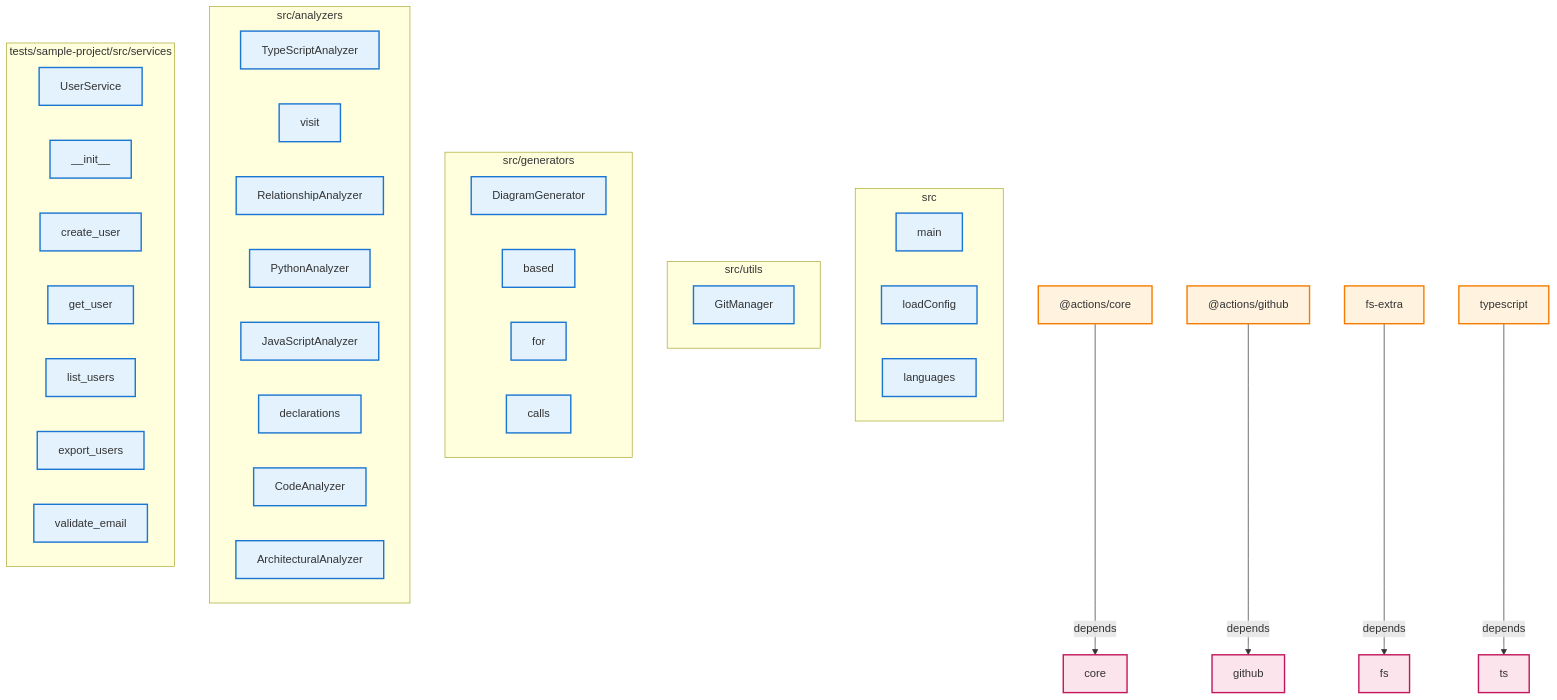
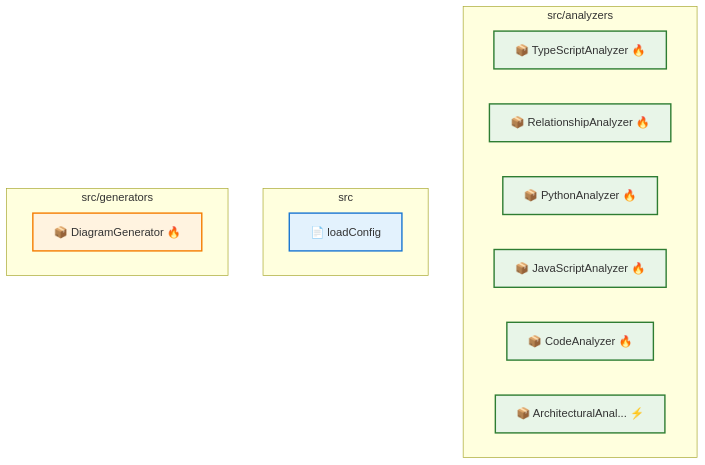
One commit to samjhill/diagrammer changed the diagram in docs/architecture/architecture.md. Above: the diagram before and after it, drawn with Mermaid. The commit also changed other lines of this file and 7 other files, not shown here.

Commit message:
docs: Update architecture diagrams [skip ci]

````diff
--- a/docs/architecture/architecture.md
+++ b/docs/architecture/architecture.md
@@ -5,91 +24,39 @@
 ```mermaid
 graph TD
   classDef component fill:#e3f2fd,stroke:#1976d2,stroke-width:2px
-  classDef external fill:#fff3e0,stroke:#f57c00,stroke-width:2px
-  classDef internal fill:#e8f5e8,stroke:#388e3c,stroke-width:2px
-  classDef dependency fill:#fce4ec,stroke:#c2185b,stroke-width:2px
-  classDef group fill:#f3e5f5,stroke:#7b1fa2,stroke-width:3px
+  classDef analyzer fill:#e8f5e8,stroke:#2e7d32,stroke-width:2px
+  classDef generator fill:#fff3e0,stroke:#f57c00,stroke-width:2px
+  classDef manager fill:#f3e5f5,stroke:#7b1fa2,stroke-width:2px
+  classDef service fill:#e0f2f1,stroke:#00695c,stroke-width:2px
+  classDef external fill:#ffebee,stroke:#c62828,stroke-width:2px
+  classDef framework fill:#f1f8e9,stroke:#558b2f,stroke-width:2px
+  classDef npm fill:#e8eaf6,stroke:#3f51b5,stroke-width:2px
+  classDef group fill:#fafafa,stroke:#424242,stroke-width:3px
+
+  subgraph src_analyzers["src/analyzers"]
+    TypeScriptAnalyzer["📦 TypeScriptAnalyzer 🔥"]
+    RelationshipAnalyzer["📦 RelationshipAnalyzer 🔥"]
+    PythonAnalyzer["📦 PythonAnalyzer 🔥"]
+    JavaScriptAnalyzer["📦 JavaScriptAnalyzer 🔥"]
+    CodeAnalyzer["📦 CodeAnalyzer 🔥"]
+    ArchitecturalAnalyzer["📦 ArchitecturalAnal... ⚡"]
+  end
 
   subgraph src["src"]
-    main["main"]
-    loadConfig["loadConfig"]
-    languages["languages"]
-  end
-
-  subgraph src_utils["src/utils"]
-    GitManager["GitManager"]
+    loadConfig["📄 loadConfig"]
   end
 
   subgraph src_generators["src/generators"]
-    DiagramGenerator["DiagramGenerator"]
-    based["based"]
-    for["for"]
-    calls["calls"]
+    DiagramGenerator["📦 DiagramGenerator 🔥"]
   end
 
-  subgraph src_analyzers["src/analyzers"]
-    TypeScriptAnalyzer["TypeScriptAnalyzer"]
-    visit["visit"]
-    RelationshipAnalyzer["RelationshipAnalyzer"]
-    PythonAnalyzer["PythonAnalyzer"]
-    JavaScriptAnalyzer["JavaScriptAnalyzer"]
-    declarations["declarations"]
-    CodeAnalyzer["CodeAnalyzer"]
-    ArchitecturalAnalyzer["ArchitecturalAnalyzer"]
-  end
-
-  subgraph tests_sample_project_src_services["tests/sample-project/src/services"]
-    UserService["UserService"]
-    __init__["__init__"]
-    create_user["create_user"]
-    get_user["get_user"]
-    list_users["list_users"]
-    export_users["export_users"]
-    validate_email["validate_email"]
-  end
-
-  _actions_core["@actions/core"]
-  _actions_core:::external
-  core["core"]
-  core:::dependency
-  _actions_core -->|depends| core
-  _actions_github["@actions/github"]
-  _actions_github:::external
-  github["github"]
-  github:::dependency
-  _actions_github -->|depends| github
-  fs_extra["fs-extra"]
-  fs_extra:::external
-  fs["fs"]
-  fs:::dependency
-  fs_extra -->|depends| fs
-  typescript["typescript"]
-  typescript:::external
-  ts["ts"]
-  ts:::dependency
-  typescript -->|depends| ts
-  main:::component
   loadConfig:::component
-  languages:::component
-  GitManager:::component
-  DiagramGenerator:::component
-  based:::component
-  for:::component
-  calls:::component
-  TypeScriptAnalyzer:::component
-  visit:::component
-  RelationshipAnalyzer:::component
-  PythonAnalyzer:::component
-  JavaScriptAnalyzer:::component
-  declarations:::component
-  CodeAnalyzer:::component
-  ArchitecturalAnalyzer:::component
-  UserService:::component
-  __init__:::component
-  create_user:::component
-  get_user:::component
-  list_users:::component
-  export_users:::component
-  validate_email:::component
+  DiagramGenerator:::generator
+  TypeScriptAnalyzer:::analyzer
+  RelationshipAnalyzer:::analyzer
+  PythonAnalyzer:::analyzer
+  JavaScriptAnalyzer:::analyzer
+  CodeAnalyzer:::analyzer
+  ArchitecturalAnalyzer:::analyzer
 
 ```
````
